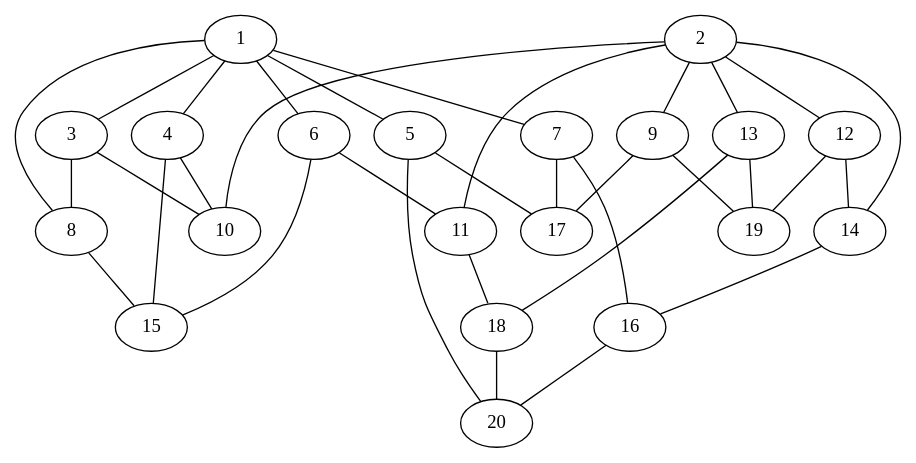
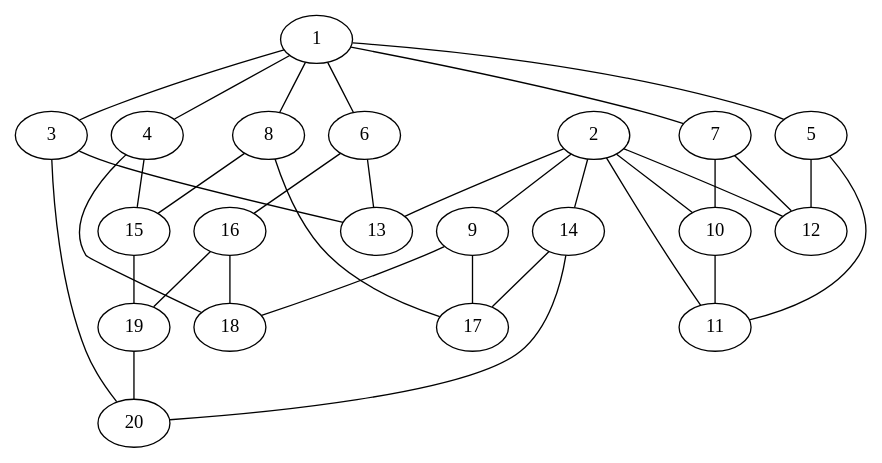
Before and after one commit to markusju/ava-u2: the diagram in file.dot, drawn with Graphviz. The commit also changed 3 other files, not shown here.

```diff
--- a/file.dot
+++ b/file.dot
@@ -1,35 +1,35 @@
 graph G {
-5 -- 20;
-12 -- 14;
-14 -- 16;
-18 -- 20;
-16 -- 20;
-6 -- 11;
-4 -- 10;
+3 -- 20;
+10 -- 11;
+16 -- 18;
+14 -- 17;
+16 -- 19;
+14 -- 20;
 2 -- 9;
+6 -- 13;
 8 -- 15;
-12 -- 19;
 2 -- 10;
 2 -- 11;
-6 -- 15;
+8 -- 17;
 2 -- 12;
+6 -- 16;
 2 -- 13;
 4 -- 15;
 2 -- 14;
+4 -- 18;
+19 -- 20;
 1 -- 3;
 1 -- 4;
+7 -- 10;
 1 -- 5;
+15 -- 19;
 1 -- 6;
-3 -- 8;
-13 -- 18;
+7 -- 12;
 1 -- 7;
-13 -- 19;
+5 -- 11;
 1 -- 8;
-3 -- 10;
-11 -- 18;
+5 -- 12;
 9 -- 17;
-7 -- 16;
-7 -- 17;
-9 -- 19;
-5 -- 17;
+9 -- 18;
+3 -- 13;
 }
```
